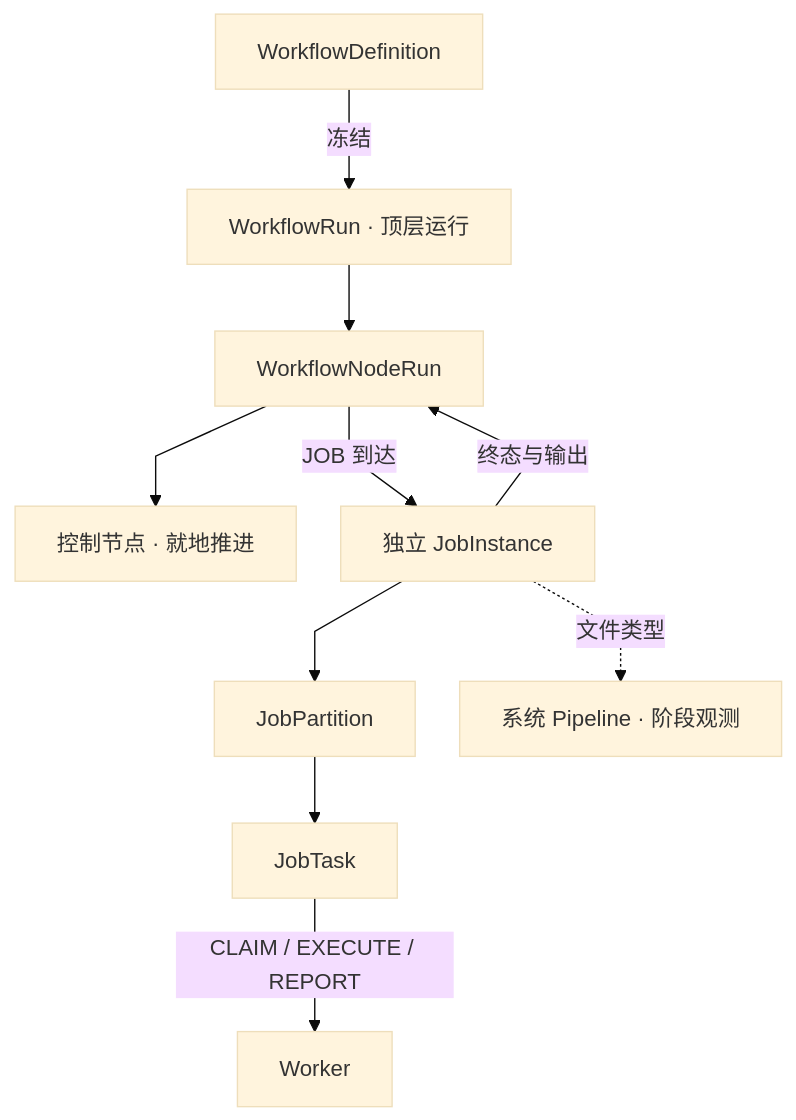
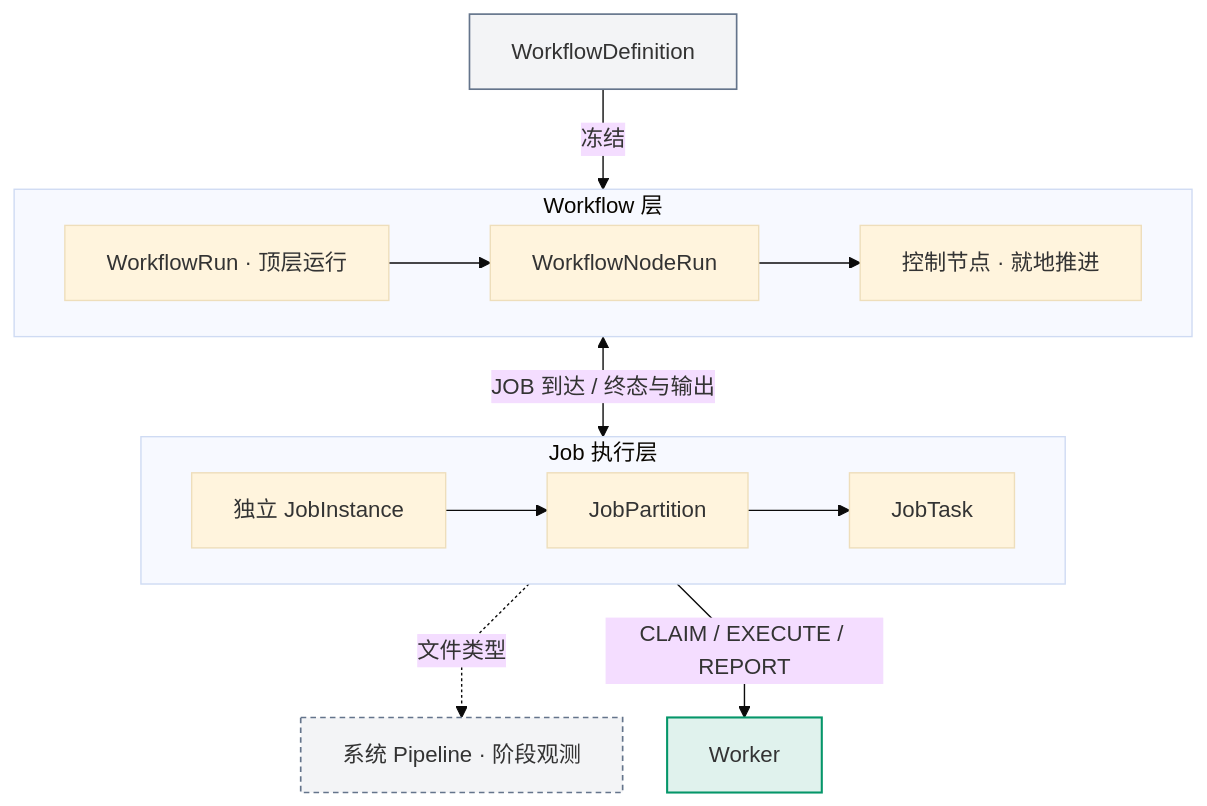
One commit to pinpols/file-batch-system changed the fifth of 25 diagrams in docs/architecture/system-flow-overview.md. Above: the diagram before and after it, drawn with Mermaid (base theme). The commit also changed other lines of this file and 9 other files, not shown here.

First line of the commit message:
docs(architecture): unify styling of the navigation architecture diagrams (#1365)

````diff
--- a/docs/architecture/system-flow-overview.md
+++ b/docs/architecture/system-flow-overview.md
@@ -142,12 +190,35 @@
 ```mermaid
 %%{init: {"flowchart":{"curve":"linear","nodeSpacing":32,"rankSpacing":48},"sequence":{"mirrorActors":false}}}%%
 flowchart TB
-  D["WorkflowDefinition"] -->|"冻结"| R["WorkflowRun · 顶层运行"]
-  R --> N["WorkflowNodeRun"]
-  N --> C["控制节点 · 就地推进"]
-  N -->|"JOB 到达"| J["独立 JobInstance"]
-  J --> P["JobPartition"] --> T["JobTask"]
-  J -. "文件类型" .-> PI["系统 Pipeline · 阶段观测"]
-  T -->|"CLAIM / EXECUTE / REPORT"| W["Worker"]
-  J -->|"终态与输出"| N
+
+  D["WorkflowDefinition"]:::lib
+  subgraph WF["Workflow 层"]
+    direction LR
+    R["WorkflowRun · 顶层运行"]
+    N["WorkflowNodeRun"]
+    C["控制节点 · 就地推进"]
+    R --> N
+    N --> C
+  end
+  subgraph JOB["Job 执行层"]
+    direction LR
+    J["独立 JobInstance"]
+    P["JobPartition"]
+    T["JobTask"]
+    J --> P
+    P --> T
+  end
+  PI["系统 Pipeline · 阶段观测"]:::ext
+  W["Worker"]:::worker
+  D -->|"冻结"| WF
+  WF <-->|"JOB 到达 / 终态与输出"| JOB
+  JOB -. "文件类型" .-> PI
+  JOB -->|"CLAIM / EXECUTE / REPORT"| W
+  classDef entry fill:#6366f11f,stroke:#6366f1,stroke-width:1.5px
+  classDef control fill:#0284c71f,stroke:#0284c7,stroke-width:1.5px
+  classDef mq fill:#d977061f,stroke:#d97706,stroke-width:1.5px
+  classDef worker fill:#0596691f,stroke:#059669,stroke-width:1.5px
+  classDef store fill:#7c3aed1f,stroke:#7c3aed,stroke-width:1.5px
+  classDef ext fill:#64748b14,stroke:#64748b,stroke-width:1.2px,stroke-dasharray:4 3
+  classDef lib fill:#64748b14,stroke:#64748b,stroke-width:1.2px
 ```
````
